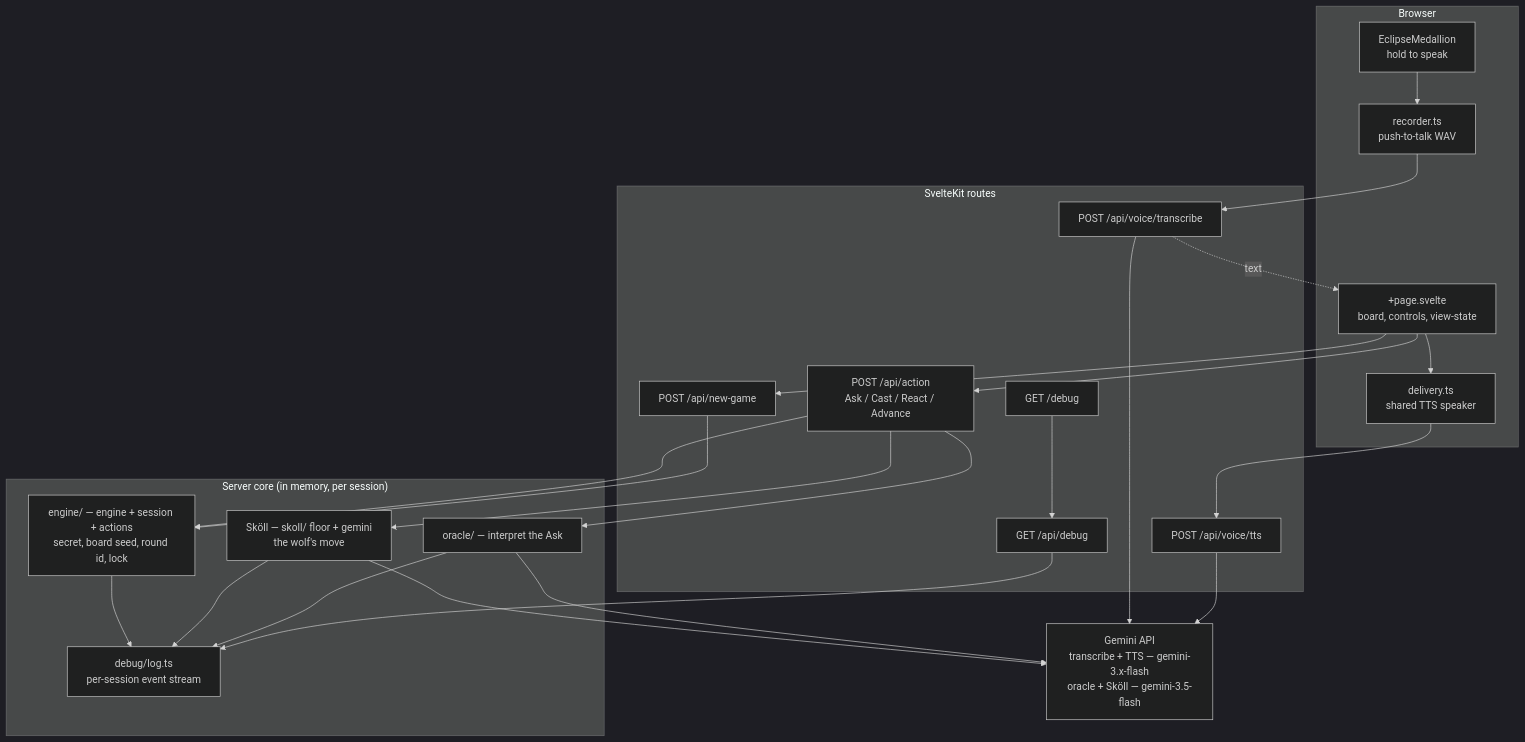
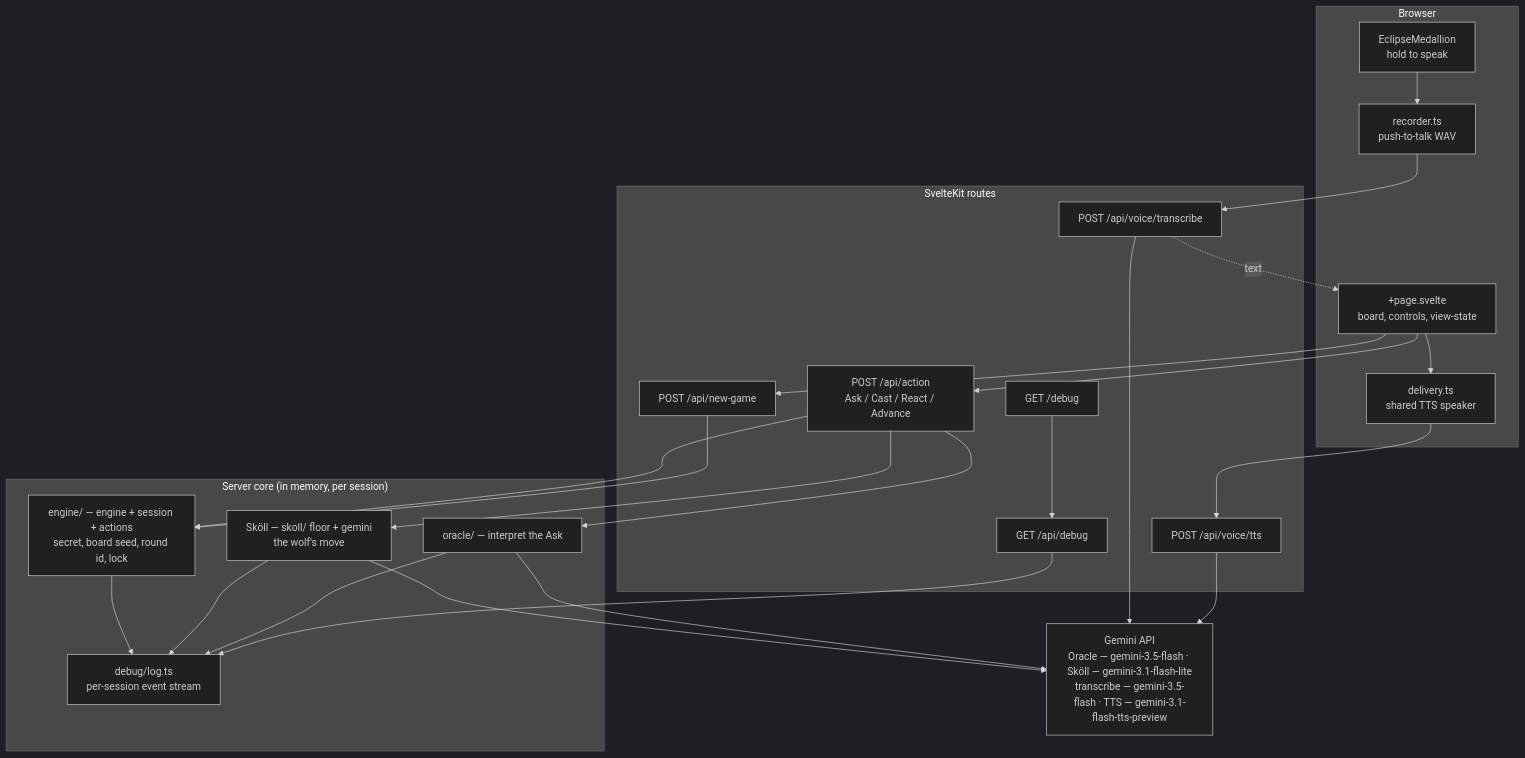
The first of 5 diagrams in docs/architecture.md (anchildress1/save-the-sun), drawn with Mermaid (dark theme) before and after one commit. The commit also changed other lines of this file and 17 other files, not shown here.

````diff
--- a/docs/architecture.md
+++ b/docs/architecture.md
@@ -15,53 +15,53 @@
 ```mermaid
 flowchart TB
     accTitle: Save the Sun system overview
     accDescr: The browser talks to SvelteKit routes, which call the in-memory server core and the Gemini API. The engine referees the round; Gemini interprets Asks, plays Sköll, transcribes push-to-talk audio, and voices the Oracle and Sköll.
 
     subgraph Browser["Browser"]
         Page["+page.svelte<br/>board, controls, view-state"]
         Rec["recorder.ts<br/>push-to-talk WAV"]
         Medallion["EclipseMedallion<br/>hold to speak"]
         Del["delivery.ts<br/>shared TTS speaker"]
     end
 
     subgraph Routes["SvelteKit routes"]
         Action["POST /api/action<br/>Ask / Cast / React / Advance"]
         NewGame["POST /api/new-game"]
         Transcribe["POST /api/voice/transcribe"]
         TTS["POST /api/voice/tts"]
         Debug["GET /api/debug"]
         DebugPage["GET /debug"]
     end
 
     subgraph Core["Server core (in memory, per session)"]
         Engine["engine/ — engine + session + actions<br/>secret, board seed, round id, lock"]
         Sköll["Sköll — skoll/ floor + gemini<br/>the wolf's move"]
         Oracle["oracle/ — interpret the Ask"]
         Log["debug/log.ts<br/>per-session event stream"]
     end
 
-    Gemini["Gemini API<br/>transcribe + TTS — gemini-3.x-flash<br/>oracle + Sköll — gemini-3.5-flash"]
+    Gemini["Gemini API<br/>Oracle — gemini-3.5-flash · Sköll — gemini-3.1-flash-lite<br/>transcribe — gemini-3.5-flash · TTS — gemini-3.1-flash-tts-preview"]
 
     Page --> Action
     Page --> NewGame
     Medallion --> Rec
     Rec --> Transcribe
     Transcribe -.text.-> Page
     Page --> Del
     Del --> TTS
     DebugPage --> Debug
 
     Action --> Engine
     Action --> Sköll
     Action --> Oracle
     NewGame --> Engine
     Transcribe --> Gemini
     TTS --> Gemini
     Sköll --> Gemini
     Oracle --> Gemini
 
     Engine --> Log
     Sköll --> Log
     Oracle --> Log
     Debug --> Log
 ```
````
